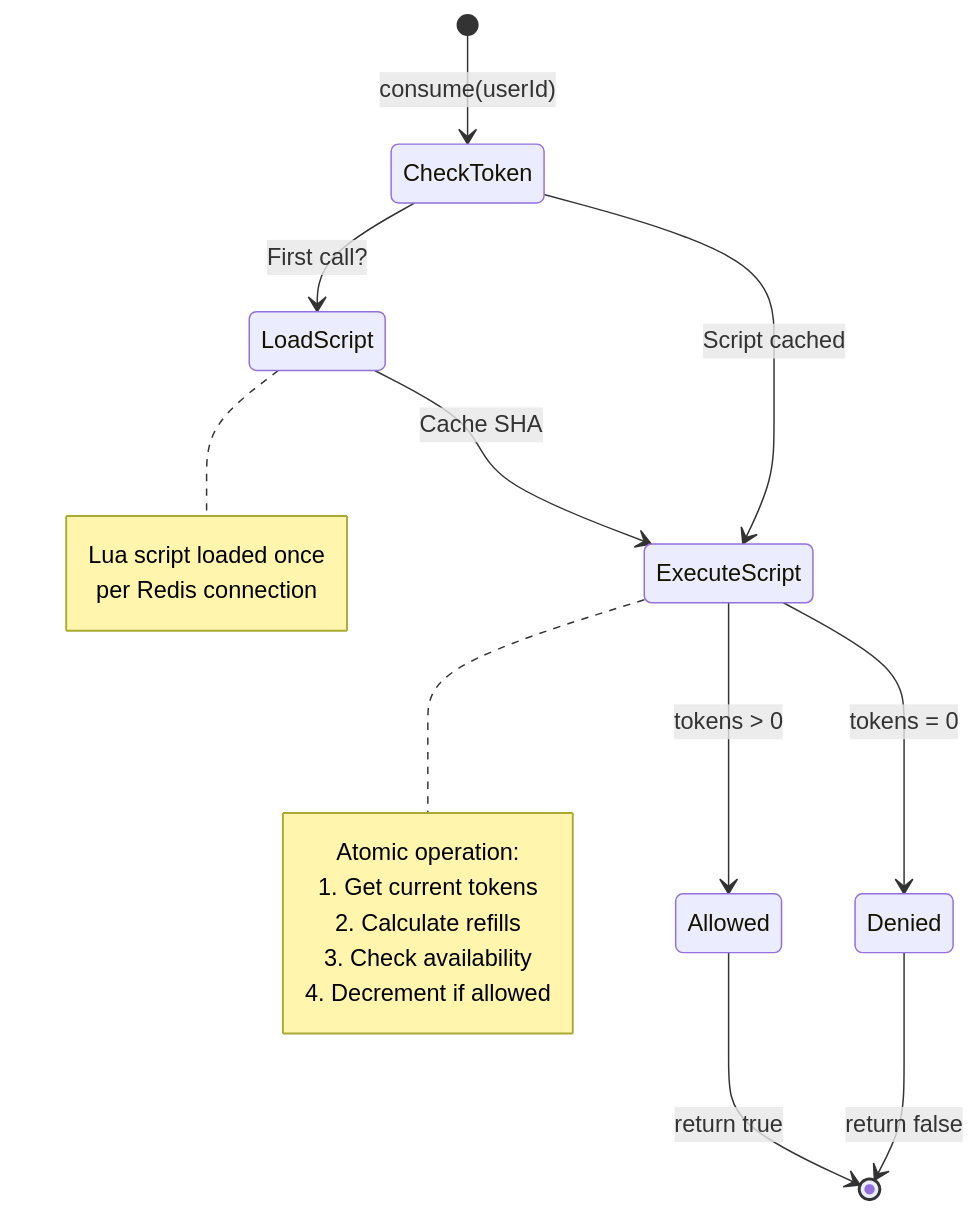
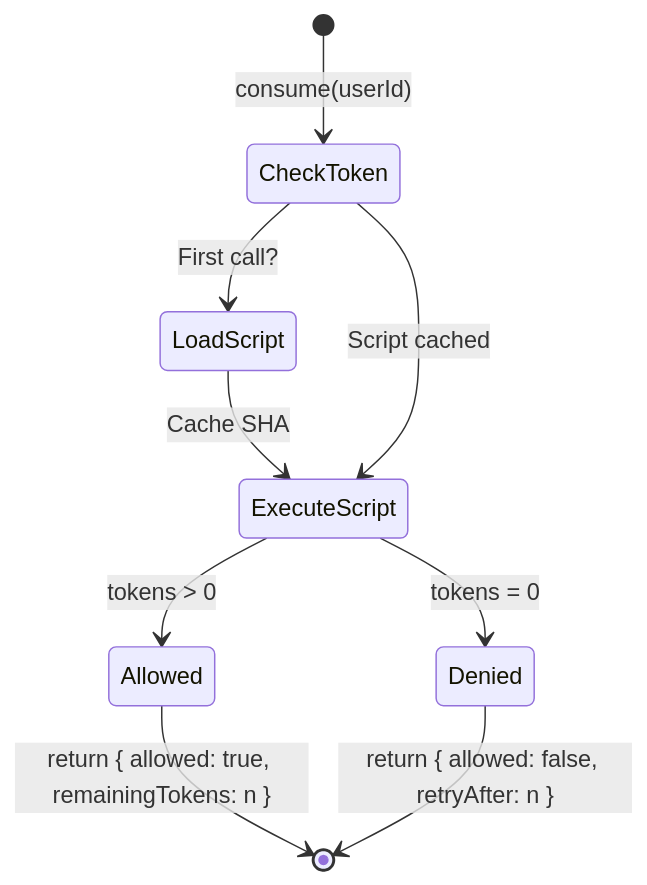
One commit to Gratheon/rate-limiter changed the diagram in README.md. Above: the diagram before and after it, drawn with Mermaid. The commit also changed other lines of this file and 11 other files, not shown here.

````diff
--- a/README.md
+++ b/README.md
@@ -63,27 +221,14 @@
 ```mermaid
 stateDiagram-v2
     [*] --> CheckToken: consume(userId)
     
     CheckToken --> LoadScript: First call?
     LoadScript --> ExecuteScript: Cache SHA
     CheckToken --> ExecuteScript: Script cached
     
     ExecuteScript --> Allowed: tokens > 0
     ExecuteScript --> Denied: tokens = 0
     
-    Allowed --> [*]: return true
-    Denied --> [*]: return false
-    
-    note right of LoadScript
-        Lua script loaded once
-        per Redis connection
-    end note
-    
-    note right of ExecuteScript
-        Atomic operation:
-        1. Get current tokens
-        2. Calculate refills
-        3. Check availability
-        4. Decrement if allowed
-    end note
+    Allowed --> [*]: return { allowed: true, remainingTokens: n }
+    Denied --> [*]: return { allowed: false, retryAfter: n }
 ```
````
